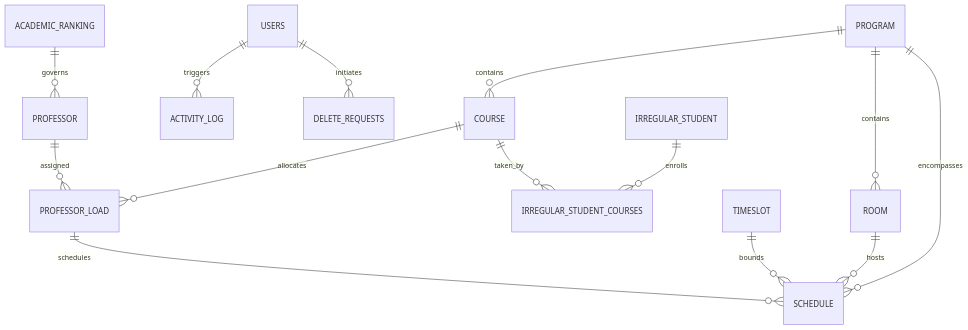
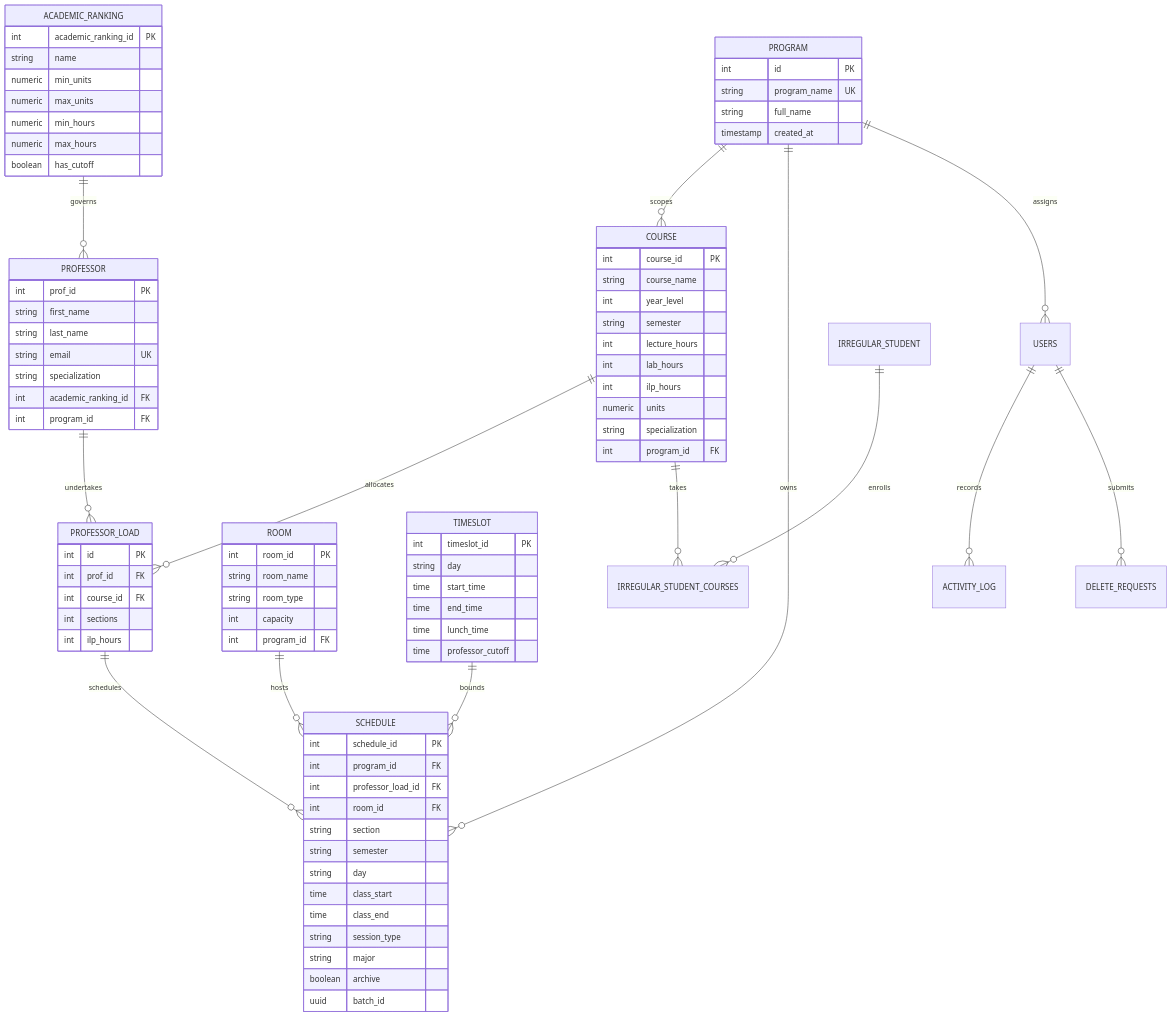
Before and after one commit to YANAMI03/ClassScheduling: the third of 5 diagrams in PRD.md, drawn with Mermaid. The commit also changed other lines of this file and 36 other files, not shown here.

````diff
--- a/PRD.md
+++ b/PRD.md
@@ -183,22 +200,102 @@
 ```mermaid
 erDiagram
-    PROGRAM ||--o{ COURSE : contains
-    PROGRAM ||--o{ ROOM : contains
-    PROGRAM ||--o{ SCHEDULE : encompasses
+    PROGRAM ||--o{ COURSE : "scopes"
+    PROGRAM ||--o{ SCHEDULE : "owns"
+    PROGRAM ||--o{ USERS : "assigns"
 
-    ACADEMIC_RANKING ||--o{ PROFESSOR : governs
+    ACADEMIC_RANKING ||--o{ PROFESSOR : "governs"
 
-    PROFESSOR ||--o{ PROFESSOR_LOAD : assigned
-    COURSE ||--o{ PROFESSOR_LOAD : allocates
+    PROFESSOR ||--o{ PROFESSOR_LOAD : "undertakes"
+    COURSE ||--o{ PROFESSOR_LOAD : "allocates"
 
-    PROFESSOR_LOAD ||--o{ SCHEDULE : schedules
-    ROOM ||--o{ SCHEDULE : hosts
+    ROOM ||--o{ SCHEDULE : "hosts"
+    PROFESSOR_LOAD ||--o{ SCHEDULE : "schedules"
+    TIMESLOT ||--o{ SCHEDULE : "bounds"
 
-    TIMESLOT ||--o{ SCHEDULE : bounds
+    USERS ||--o{ ACTIVITY_LOG : "records"
+    USERS ||--o{ DELETE_REQUESTS : "submits"
 
-    USERS ||--o{ ACTIVITY_LOG : triggers
-    USERS ||--o{ DELETE_REQUESTS : initiates
+    IRREGULAR_STUDENT ||--o{ IRREGULAR_STUDENT_COURSES : "enrolls"
+    COURSE ||--o{ IRREGULAR_STUDENT_COURSES : "takes"
 
-    IRREGULAR_STUDENT ||--o{ IRREGULAR_STUDENT_COURSES : enrolls
-    COURSE ||--o{ IRREGULAR_STUDENT_COURSES : taken_by
+    PROGRAM {
+        int id PK
+        string program_name UK
+        string full_name
+        timestamp created_at
+    }
+
+    ACADEMIC_RANKING {
+        int academic_ranking_id PK
+        string name
+        numeric min_units
+        numeric max_units
+        numeric min_hours
+        numeric max_hours
+        boolean has_cutoff
+    }
+
+    PROFESSOR {
+        int prof_id PK
+        string first_name
+        string last_name
+        string email UK
+        string specialization
+        int academic_ranking_id FK
+        int program_id FK
+    }
+
+    COURSE {
+        int course_id PK
+        string course_name
+        int year_level
+        string semester
+        int lecture_hours
+        int lab_hours
+        int ilp_hours
+        numeric units
+        string specialization
+        int program_id FK
+    }
+
+    PROFESSOR_LOAD {
+        int id PK
+        int prof_id FK
+        int course_id FK
+        int sections
+        int ilp_hours
+    }
+
+    ROOM {
+        int room_id PK
+        string room_name
+        string room_type
+        int capacity
+        int program_id FK
+    }
+
+    TIMESLOT {
+        int timeslot_id PK
+        string day
+        time start_time
+        time end_time
+        time lunch_time
+        time professor_cutoff
+    }
+
+    SCHEDULE {
+        int schedule_id PK
+        int program_id FK
+        int professor_load_id FK
+        int room_id FK
+        string section
+        string semester
+        string day
+        time class_start
+        time class_end
+        string session_type
+        string major
+        boolean archive
+        uuid batch_id
+    }
 ```
````
